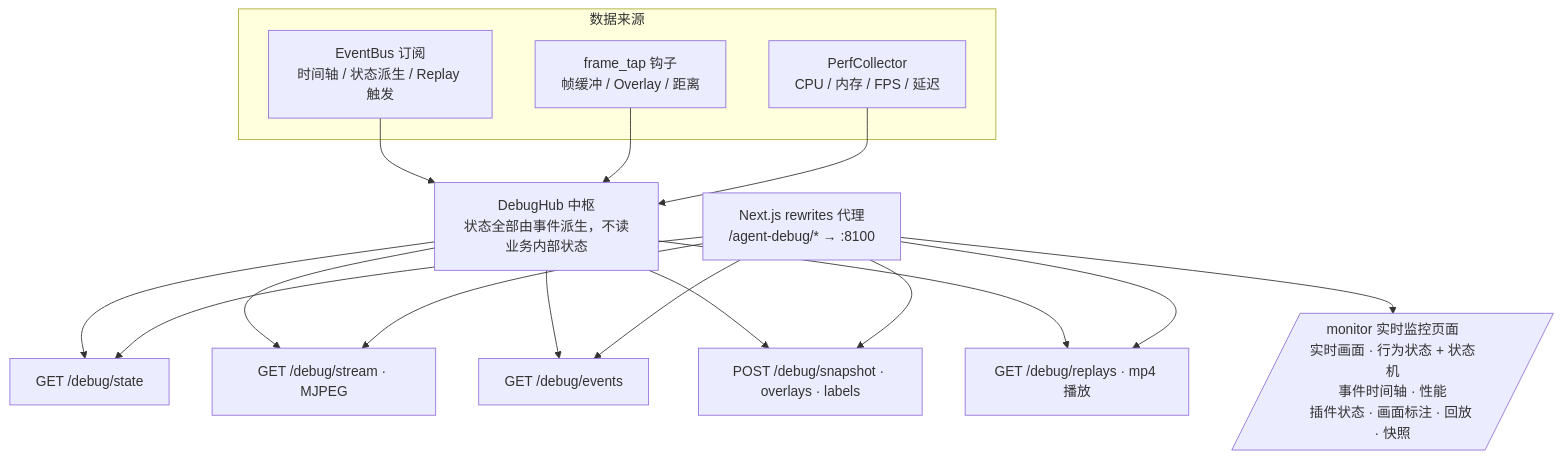
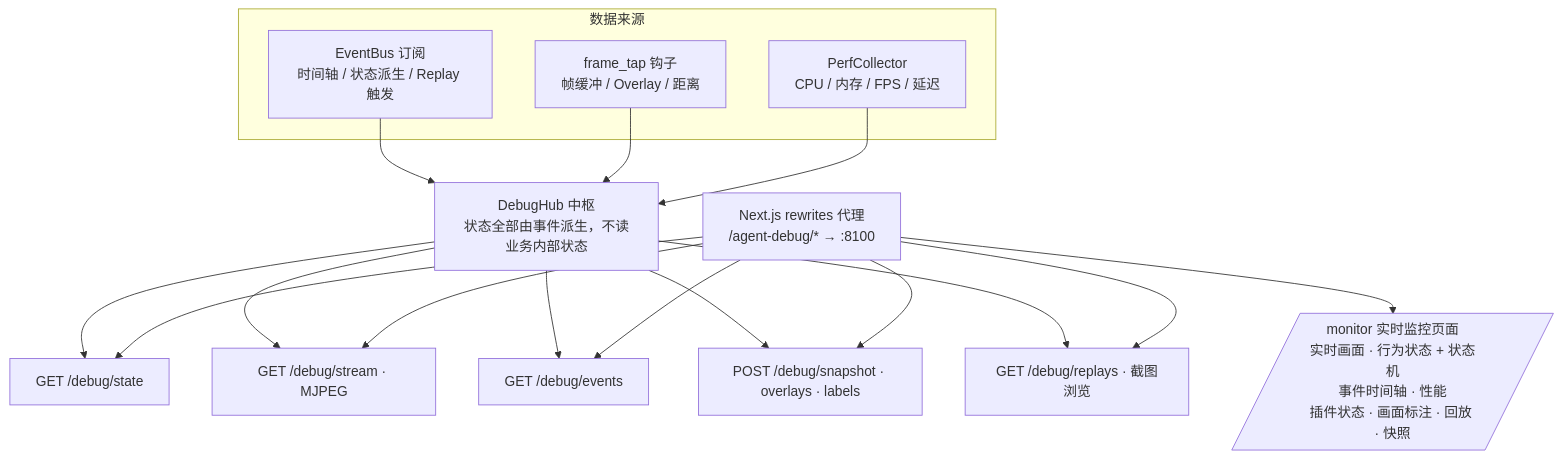
The third of 3 diagrams in ARCHITECTURE.md (monty8800/office-vision), drawn with Mermaid before and after one commit. The commit also changed other lines of this file and 51 other files, not shown here.

````diff
--- a/ARCHITECTURE.md
+++ b/ARCHITECTURE.md
@@ -98,19 +98,19 @@
 ```mermaid
 flowchart TB
     subgraph 数据来源
         E[EventBus 订阅<br/>时间轴 / 状态派生 / Replay 触发]
         T[frame_tap 钩子<br/>帧缓冲 / Overlay / 距离]
         PF[PerfCollector<br/>CPU / 内存 / FPS / 延迟]
     end
     HUB[DebugHub 中枢<br/>状态全部由事件派生，不读业务内部状态]
     E --> HUB
     T --> HUB
     PF --> HUB
     HUB --> A1[GET /debug/state]
     HUB --> A2[GET /debug/stream · MJPEG]
     HUB --> A3[GET /debug/events]
     HUB --> A4[POST /debug/snapshot · overlays · labels]
-    HUB --> A5[GET /debug/replays · mp4 播放]
+    HUB --> A5[GET /debug/replays · 截图浏览]
     NX[Next.js rewrites 代理<br/>/agent-debug/* → :8100] --> A1 & A2 & A3 & A4 & A5
     NX --> UI[/monitor 实时监控页面<br/>实时画面 · 行为状态 + 状态机<br/>事件时间轴 · 性能<br/>插件状态 · 画面标注 · 回放 · 快照/]
 ```
````
